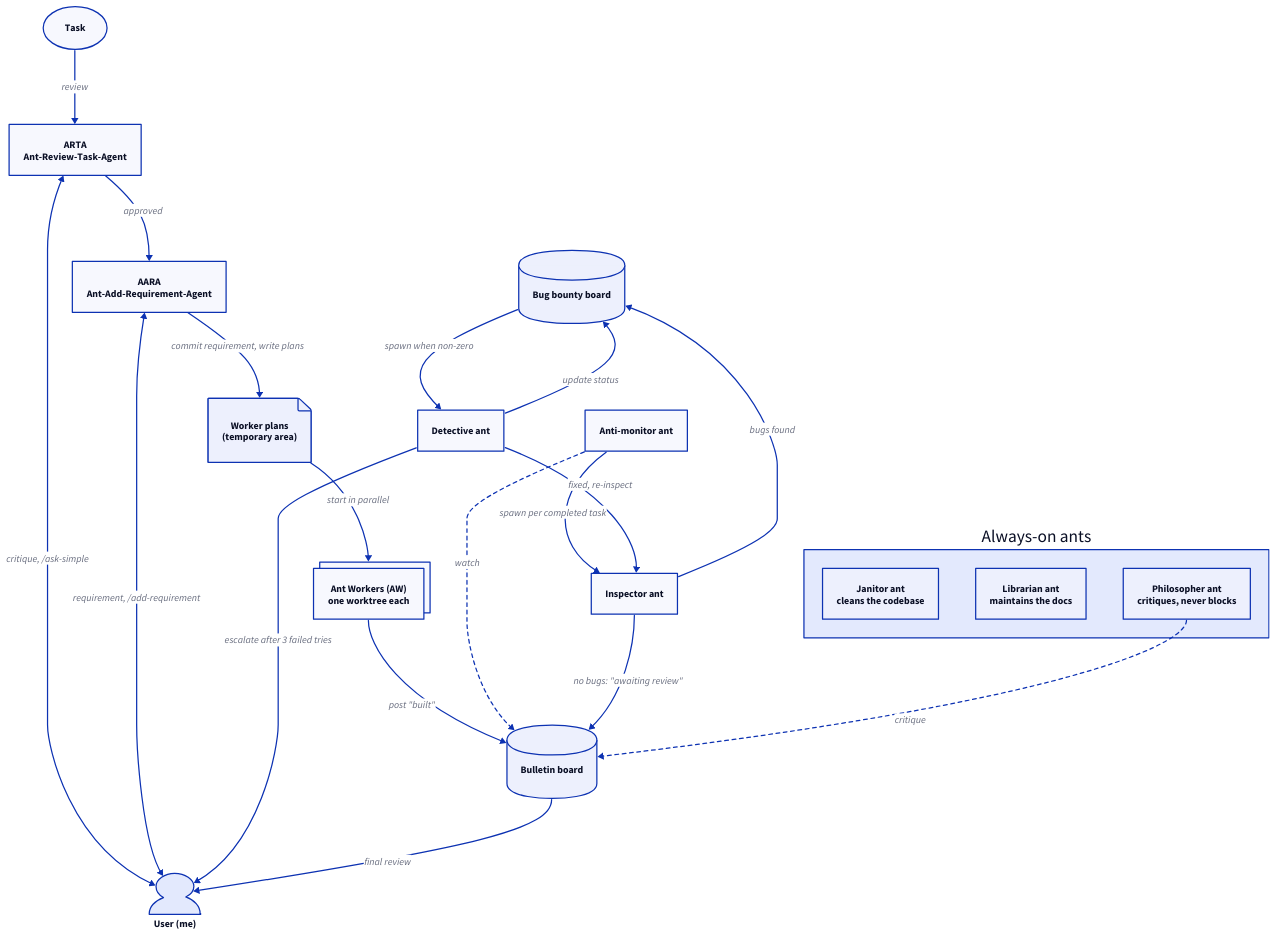
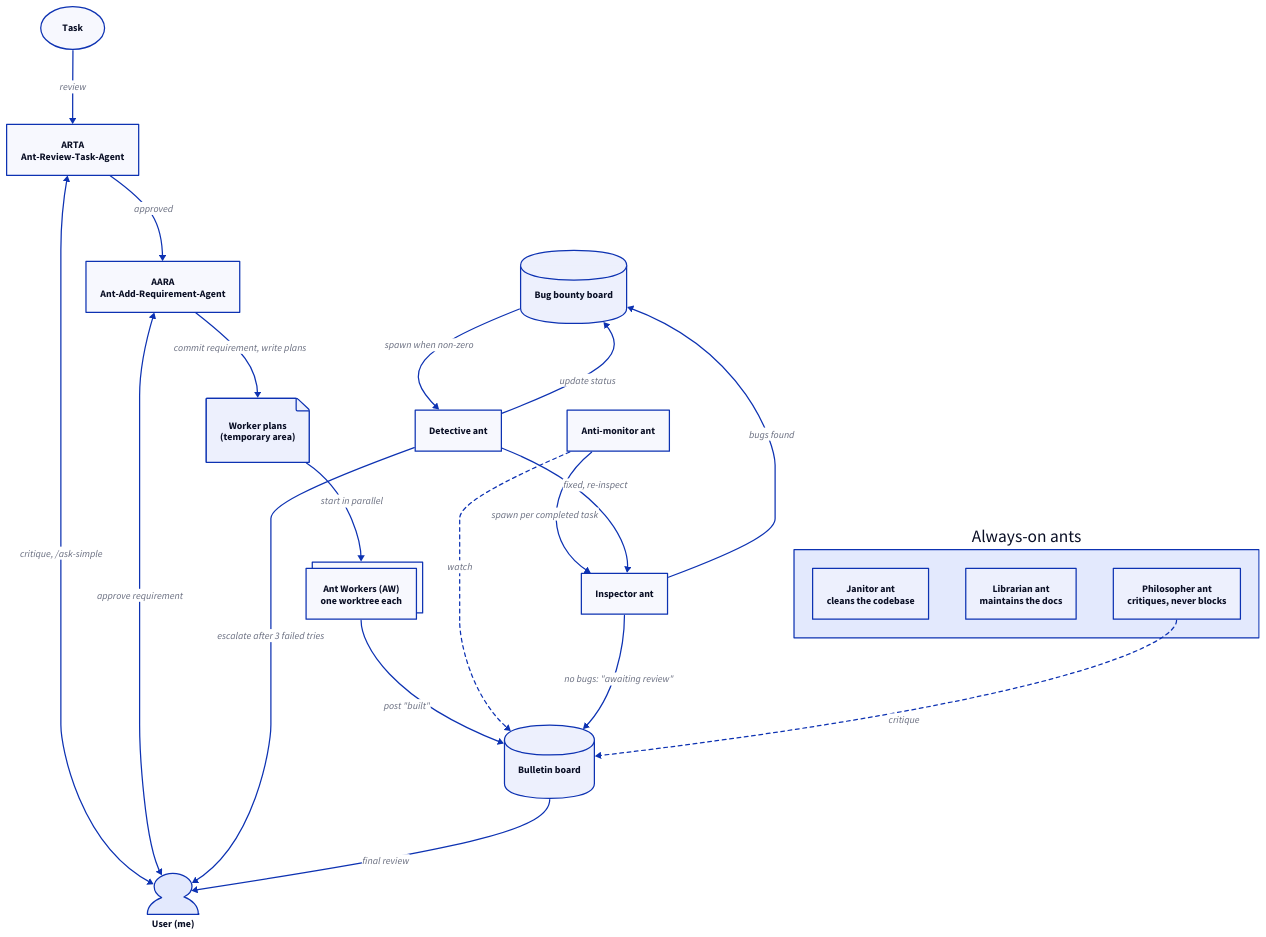
Before and after one commit to raveensrk/agent1: the diagram in age_of_agents/index.md, drawn with D2. The commit also changed 4 other files, not shown here.

````diff
--- a/age_of_agents/index.md
+++ b/age_of_agents/index.md
@@ -61,42 +61,42 @@
 ```d2
 direction: down
 
 task: Task {shape: oval}
 user: User (me) {shape: person}
 
 arta: ARTA\nAnt-Review-Task-Agent
 aara: AARA\nAnt-Add-Requirement-Agent
 plan: Worker plans\n(temporary area) {shape: page}
 aw: Ant Workers (AW)\none worktree each {style.multiple: true}
 
 bulletin: Bulletin board {shape: cylinder}
 bounty: Bug bounty board {shape: cylinder}
 
 monitor: Anti-monitor ant
 inspector: Inspector ant
 detective: Detective ant
 
 always_on: Always-on ants {
   janitor: Janitor ant\ncleans the codebase
   librarian: Librarian ant\nmaintains the docs
   philosopher: Philosopher ant\ncritiques, never blocks
 }
 
 task -> arta: review
 arta <-> user: critique, /ask-simple
 arta -> aara: approved
-aara <-> user: requirement, /add-requirement
+aara <-> user: approve requirement
 aara -> plan: commit requirement, write plans
 plan -> aw: start in parallel
 aw -> bulletin: post "built"
 monitor -> bulletin: watch {style.stroke-dash: 3}
 monitor -> inspector: spawn per completed task
 inspector -> bulletin: no bugs: "awaiting review"
 inspector -> bounty: bugs found
 bounty -> detective: spawn when non-zero
 detective -> inspector: fixed, re-inspect
 detective -> bounty: update status
 detective -> user: escalate after 3 failed tries
 bulletin -> user: final review
 always_on.philosopher -> bulletin: critique {style.stroke-dash: 3}
 ```
````
